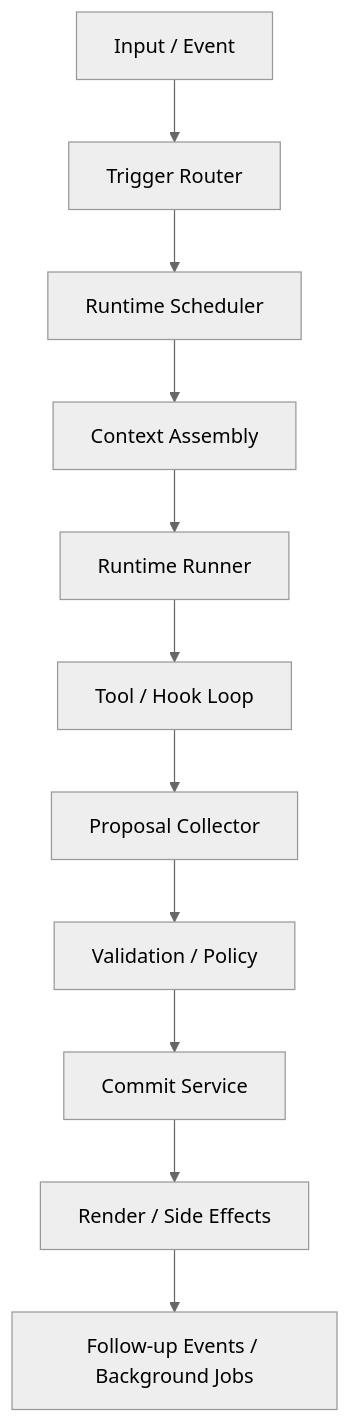
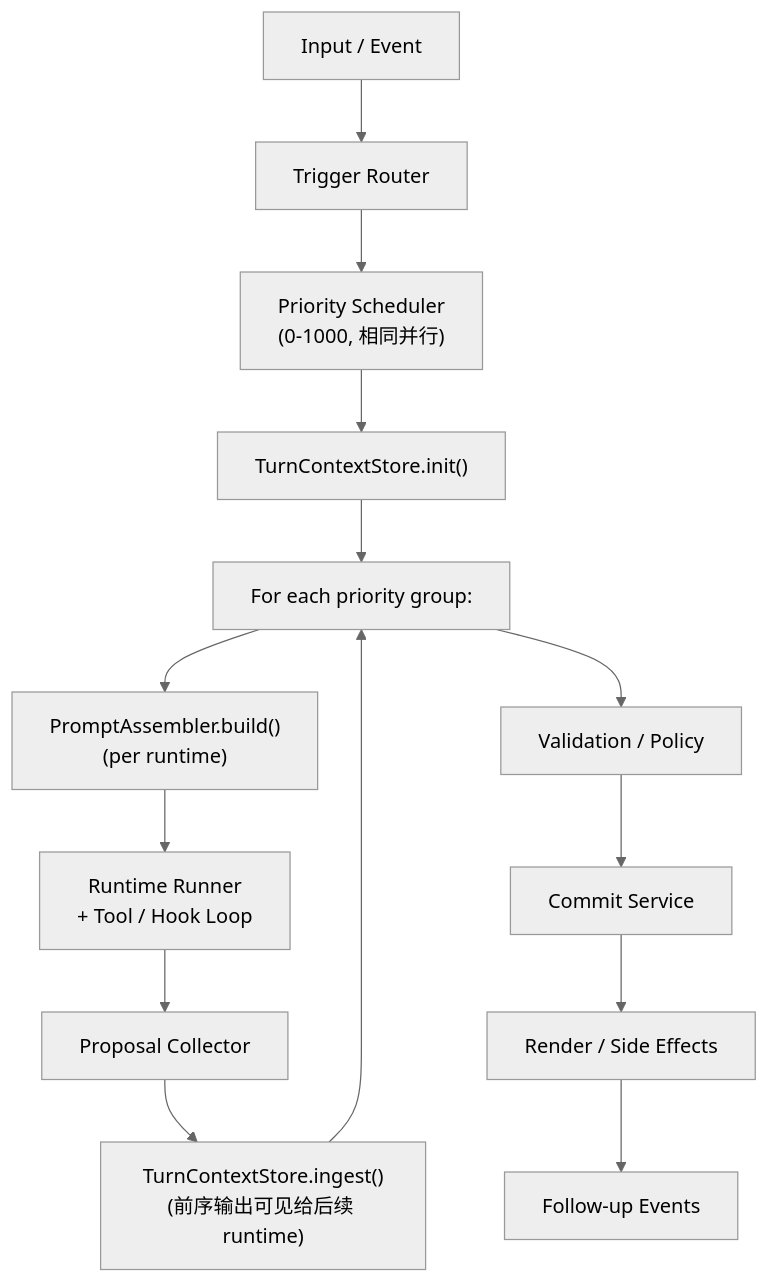
One commit to ackness/covel changed the second of 2 diagrams in docs/system-architecture-v0/framework-architecture.md. Above: the diagram before and after it, drawn with Mermaid (neutral theme). The commit also changed other lines of this file and 230 other files, not shown here.

````diff
--- a/docs/system-architecture-v0/framework-architecture.md
+++ b/docs/system-architecture-v0/framework-architecture.md
@@ -493,13 +494,16 @@
 ```mermaid
 flowchart TD
     A["Input / Event"] --> B["Trigger Router"]
-    B --> C["Runtime Scheduler"]
-    C --> D["Context Assembly"]
-    D --> E["Runtime Runner"]
-    E --> F["Tool / Hook Loop"]
-    F --> G["Proposal Collector"]
-    G --> H["Validation / Policy"]
-    H --> I["Commit Service"]
-    I --> J["Render / Side Effects"]
-    J --> K["Follow-up Events / Background Jobs"]
+    B --> C["Priority Scheduler\n(0-1000, 相同并行)"]
+    C --> D["TurnContextStore.init()"]
+    D --> E["For each priority group:"]
+    E --> F["PromptAssembler.build()\n(per runtime)"]
+    F --> G["Runtime Runner\n+ Tool / Hook Loop"]
+    G --> H["Proposal Collector"]
+    H --> I["TurnContextStore.ingest()\n(前序输出可见给后续 runtime)"]
+    I --> E
+    E --> J["Validation / Policy"]
+    J --> K["Commit Service"]
+    K --> L["Render / Side Effects"]
+    L --> M["Follow-up Events"]
 ```
````
